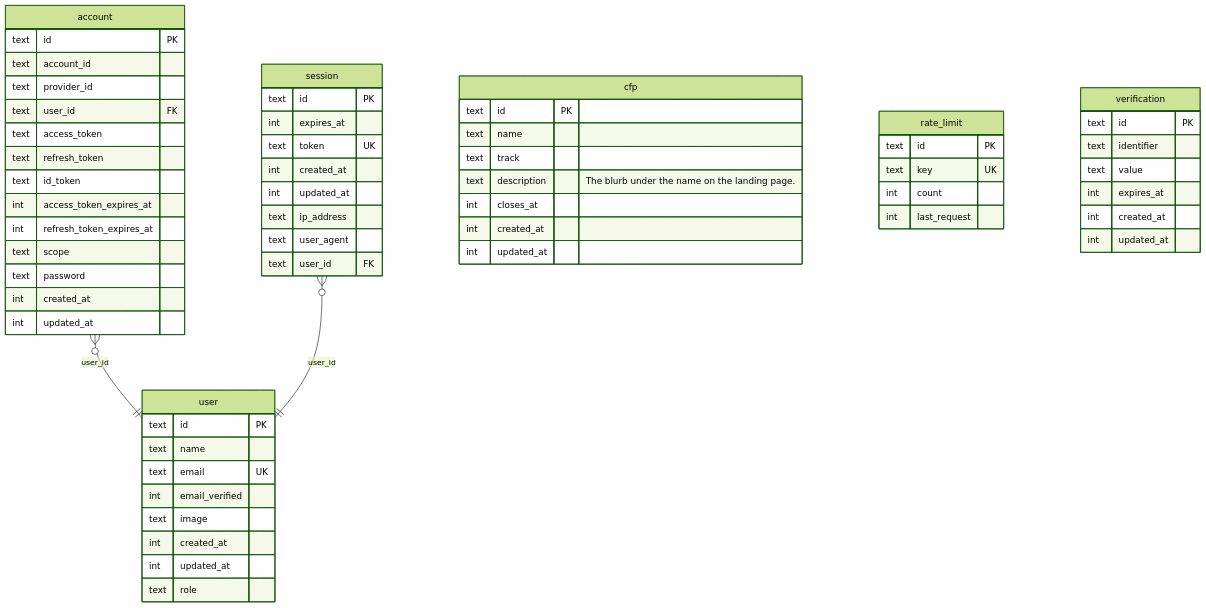
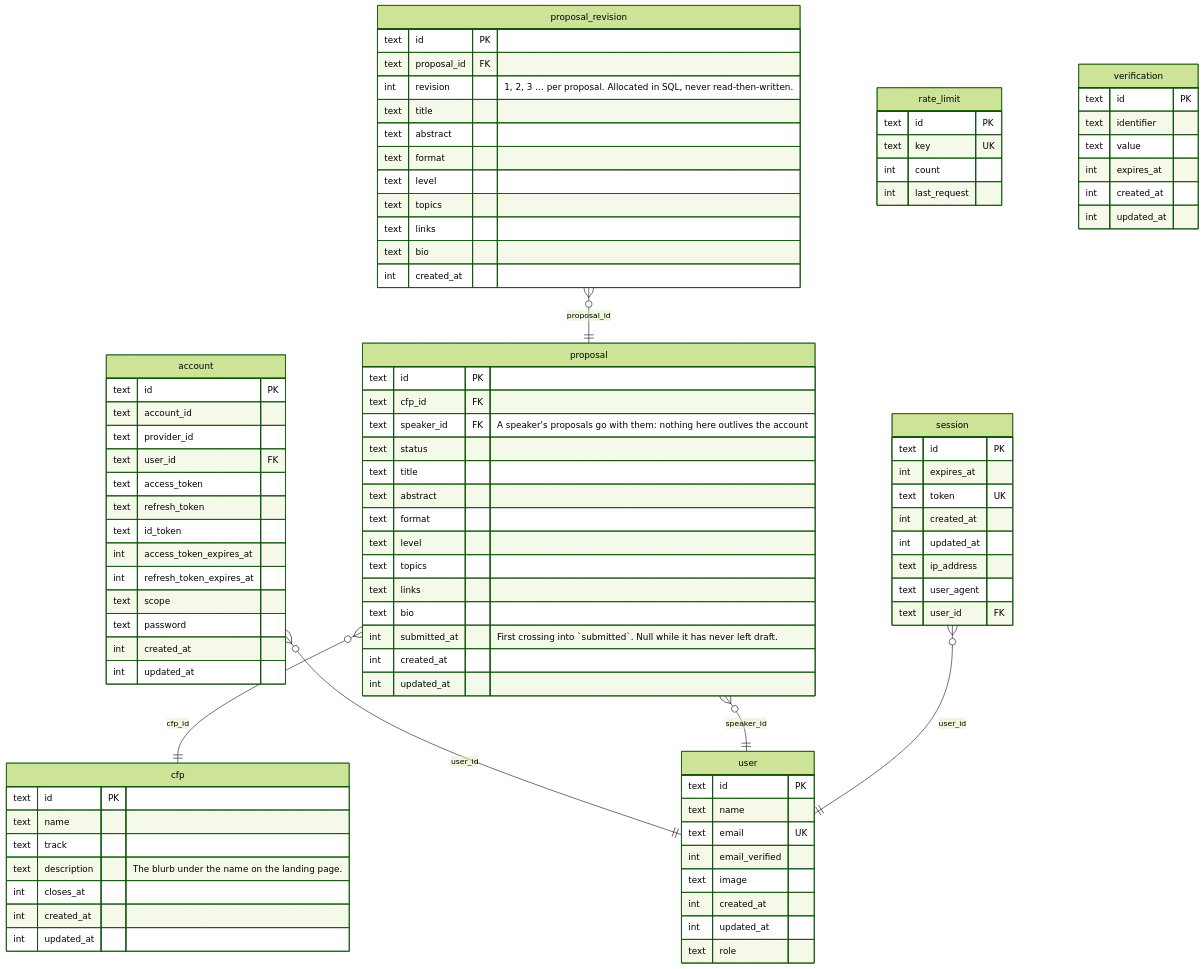
Before and after one commit to DevHub-iLab/ilab-cfs: the diagram in docs/db/README.md, drawn with Mermaid (forest theme). The commit also changed other lines of this file and 8 other files, not shown here.

First line of the commit message:
Add the proposal and proposal_revision tables

````diff
--- a/docs/db/README.md
+++ b/docs/db/README.md
@@ -16,6 +18,9 @@
 ```mermaid
 erDiagram
     account }o--|| user : "user_id"
+    proposal }o--|| cfp : "cfp_id"
+    proposal }o--|| user : "speaker_id"
+    proposal_revision }o--|| proposal : "proposal_id"
     session }o--|| user : "user_id"
 
     account {
@@ -41,6 +46,35 @@
         int closes_at
         int created_at
         int updated_at
+    }
+    proposal {
+        text id PK
+        text cfp_id FK
+        text speaker_id FK "A speaker's proposals go with them: nothing here outlives the account"
+        text status
+        text title
+        text abstract
+        text format
+        text level
+        text topics
+        text links
+        text bio
+        int submitted_at "First crossing into `submitted`. Null while it has never left draft."
+        int created_at
+        int updated_at
+    }
+    proposal_revision {
+        text id PK
+        text proposal_id FK
+        int revision "1, 2, 3 … per proposal. Allocated in SQL, never read-then-written."
+        text title
+        text abstract
+        text format
+        text level
+        text topics
+        text links
+        text bio
+        int created_at
     }
     rate_limit {
         text id PK
````
